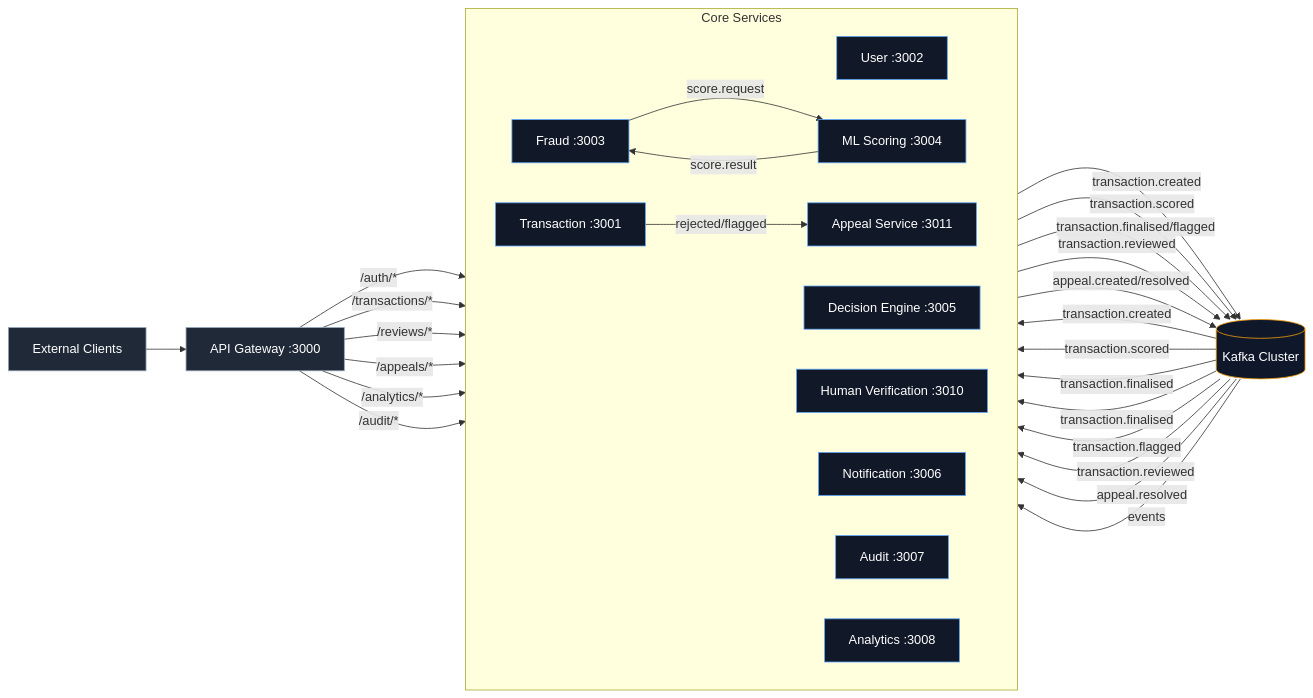
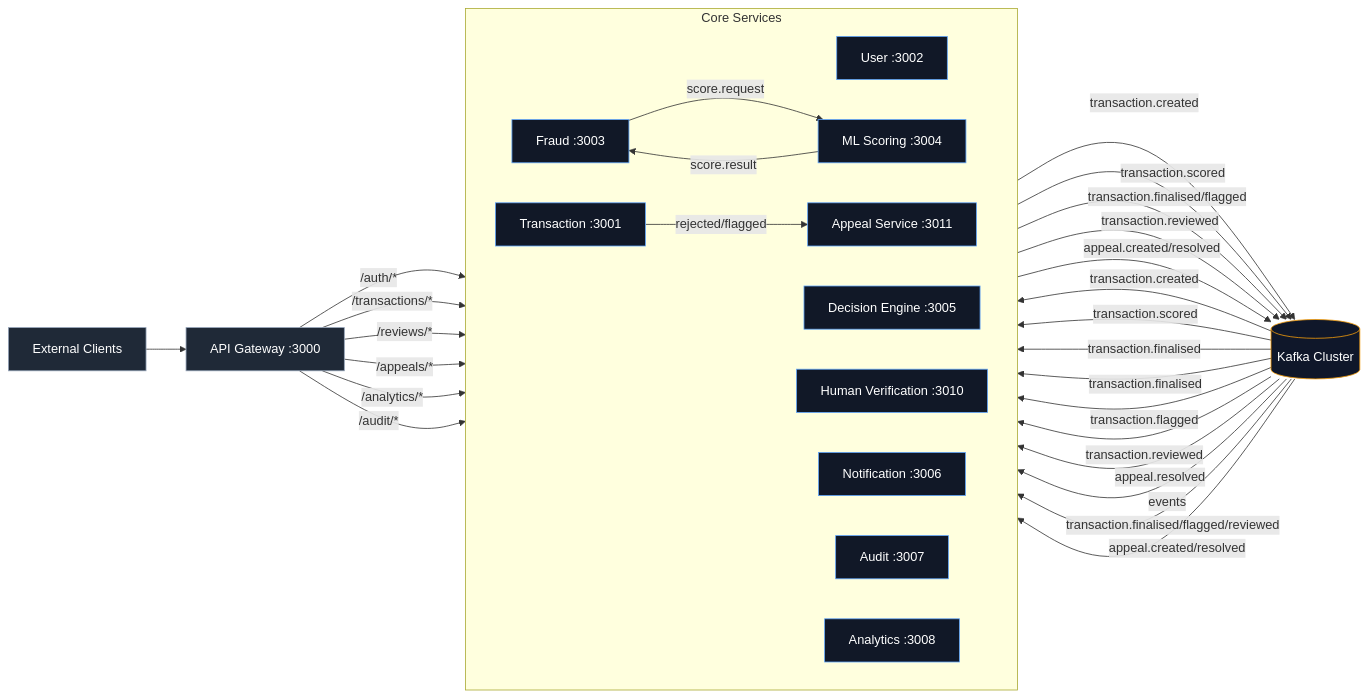
The first of 2 diagrams in README.md (Naren3333/fraud-detection-system), drawn with Mermaid before and after one commit. The commit also changed other lines of this file and 16 other files, not shown here.

````diff
--- a/README.md
+++ b/README.md
@@ -18,73 +18,75 @@
 ```mermaid
 flowchart LR
 
 %% =========================
 %% STYLES
 %% =========================
 classDef edge fill:#1f2937,stroke:#94a3b8,color:#fff,stroke-width:1px;
 classDef svc fill:#111827,stroke:#60a5fa,color:#fff,stroke-width:1px;
 classDef bus fill:#0f172a,stroke:#f59e0b,color:#fff,stroke-width:1px;
 
 %% =========================
 %% EDGE
 %% =========================
 Client[External Clients]:::edge --> Gateway[API Gateway :3000]:::edge
 
 %% =========================
 %% CORE SERVICES
 %% =========================
 subgraph Core[Core Services]
 direction LR
 User[User :3002]:::svc
 Transaction[Transaction :3001]:::svc
 Fraud[Fraud :3003]:::svc
 ML[ML Scoring :3004]:::svc
 Decision[Decision Engine :3005]:::svc
 HumanVerify[Human Verification :3010]:::svc
 Appeal[Appeal Service :3011]:::svc
 Notification[Notification :3006]:::svc
 Audit[Audit :3007]:::svc
 Analytics[Analytics :3008]:::svc
 end
 
 %% =========================
 %% MESSAGING
 %% =========================
 Kafka[(Kafka Cluster)]:::bus
 
 %% =========================
 %% HTTP ROUTES
 %% =========================
 Gateway -- "/auth/*" --> User
 Gateway -- "/transactions/*" --> Transaction
 Gateway -- "/reviews/*" --> HumanVerify
 Gateway -- "/appeals/*" --> Appeal
 Gateway -- "/analytics/*" --> Analytics
 Gateway -- "/audit/*" --> Audit
 
 %% =========================
 %% EVENT FLOW
 %% =========================
 Transaction -- "transaction.created" --> Kafka
 Kafka -- "transaction.created" --> Fraud
 
 Fraud -- "score.request" --> ML
 ML -- "score.result" --> Fraud
 
 Fraud -- "transaction.scored" --> Kafka
 Kafka -- "transaction.scored" --> Decision
 
 Decision -- "transaction.finalised/flagged" --> Kafka
 Kafka -- "transaction.finalised" --> Notification
 Kafka -- "transaction.finalised" --> Transaction
 Kafka -- "transaction.flagged" --> HumanVerify
 
 HumanVerify -- "transaction.reviewed" --> Kafka
 Kafka -- "transaction.reviewed" --> Transaction
 
 Transaction -- "rejected/flagged" --> Appeal
 Appeal -- "appeal.created/resolved" --> Kafka
 Kafka -- "appeal.resolved" --> Transaction
 
 Kafka -- "events" --> Audit
+Kafka -- "transaction.finalised/flagged/reviewed" --> Analytics
+Kafka -- "appeal.created/resolved" --> Analytics
 ```
````
